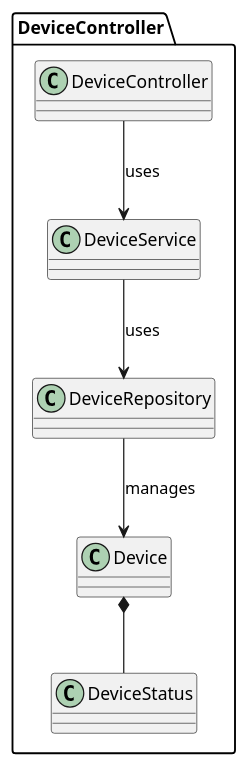
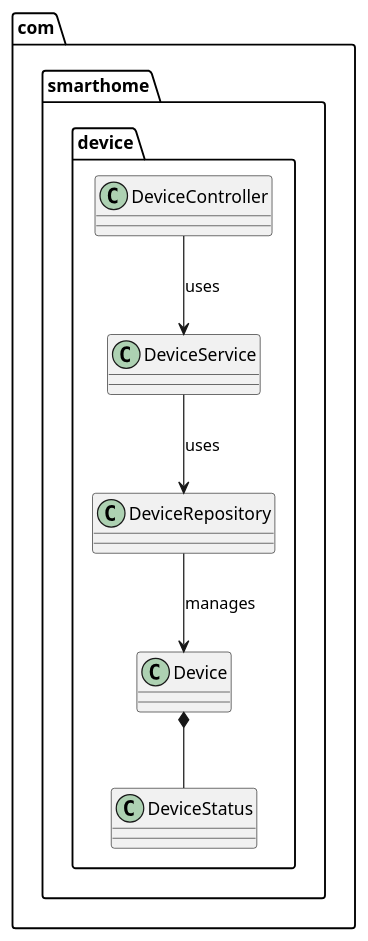
Before and after one commit to Madm1key/architecture-warmhouse: the diagram in diagram/code/SmartHome_DeviceService.puml, drawn with PlantUML. The commit also changed 2 other files, not shown here.

Commit message:
doc: обновлены диаграммы для сервисов обработки данных, устройств и пользователей с учетом новой структуры пакетов

```diff
--- a/diagram/code/SmartHome_DeviceService.puml
+++ b/diagram/code/SmartHome_DeviceService.puml
@@ -1,8 +1,8 @@
 @startuml
-package DeviceController {
+package com.smarthome.device {
   DeviceController --> DeviceService : uses
   DeviceService --> DeviceRepository : uses
   DeviceRepository --> Device : manages
   Device *-- DeviceStatus
 }
 @enduml
```
